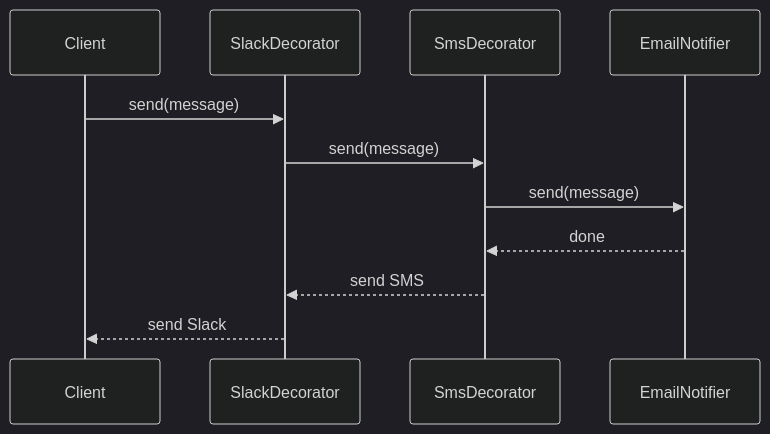
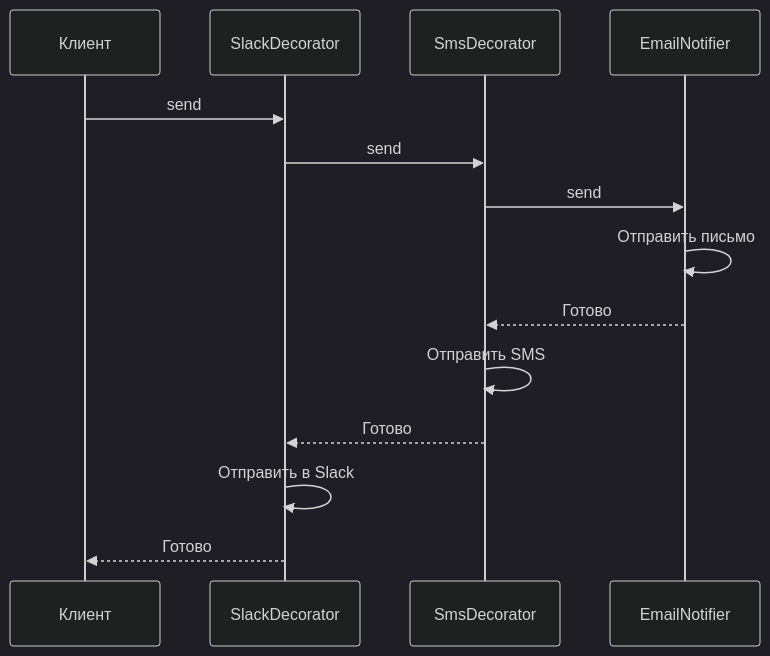
One commit to Kert0n/KPO changed the fourth of 7 diagrams in content/lectures/Lec6/vitepress.md. Above: the diagram before and after it, drawn with Mermaid (dark theme). The commit also changed other lines of this file, not shown here.

````diff
--- a/content/lectures/Lec6/vitepress.md
+++ b/content/lectures/Lec6/vitepress.md
@@ -1103,14 +779,16 @@
 ```mermaid
 sequenceDiagram
-  participant Client
-  participant SlackDecorator
-  participant SmsDecorator
-  participant EmailNotifier
-
-  Client->>SlackDecorator: send(message)
-  SlackDecorator->>SmsDecorator: send(message)
-  SmsDecorator->>EmailNotifier: send(message)
-  EmailNotifier-->>SmsDecorator: done
-  SmsDecorator-->>SlackDecorator: send SMS
-  SlackDecorator-->>Client: send Slack
+  participant C as Клиент
+  participant L as SlackDecorator
+  participant S as SmsDecorator
+  participant E as EmailNotifier
+  C->>L: send
+  L->>S: send
+  S->>E: send
+  E->>E: Отправить письмо
+  E-->>S: Готово
+  S->>S: Отправить SMS
+  S-->>L: Готово
+  L->>L: Отправить в Slack
+  L-->>C: Готово
 ```
````
